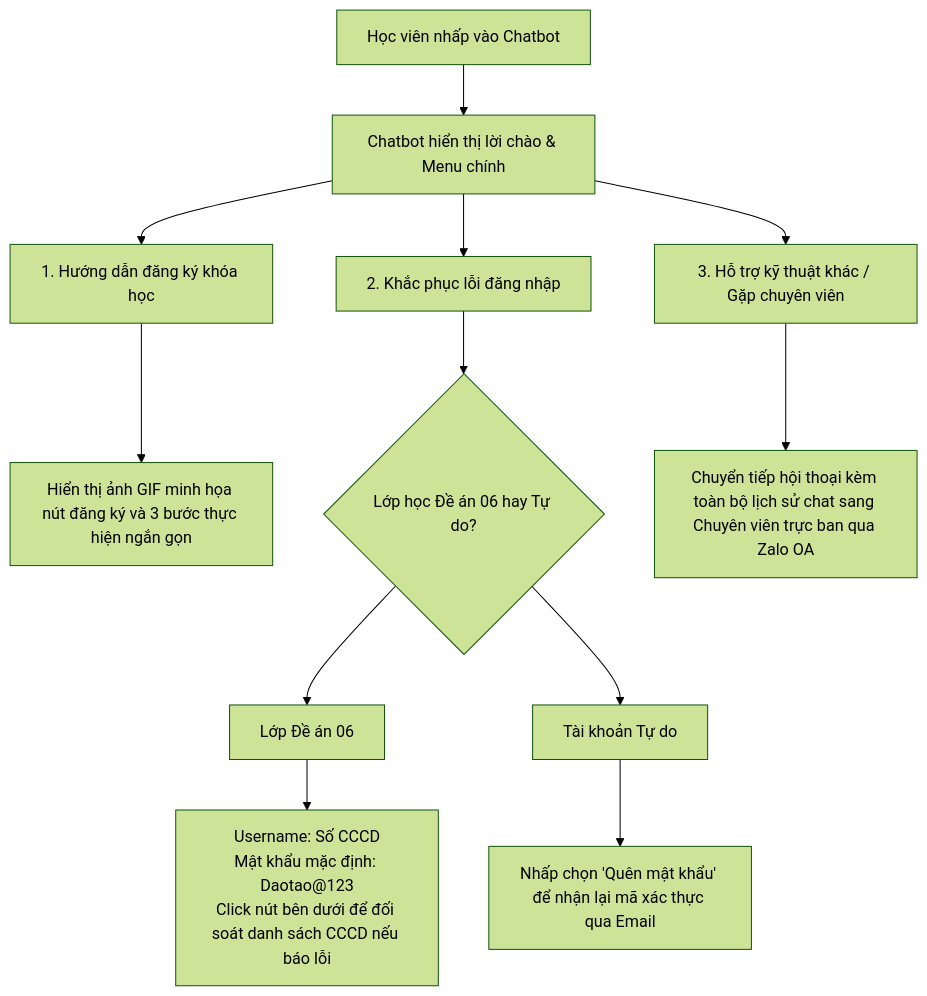
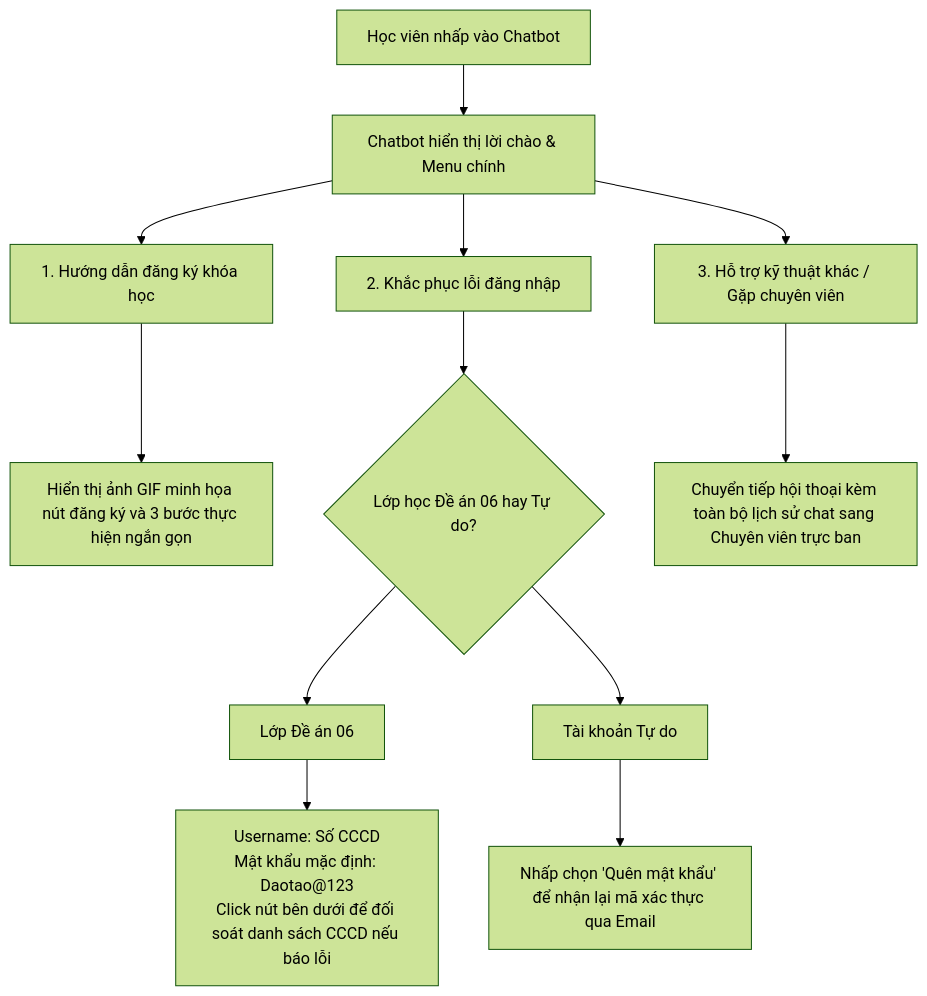
Before and after one commit to hungs1609/nguyenlh: the diagram in khoahoctruyenthong/san_pham_giao_nop/cac_san_pham_thiet_ke.md, drawn with Mermaid (forest theme). The commit also changed other lines of this file and 29 other files, not shown here.

````diff
--- a/khoahoctruyenthong/san_pham_giao_nop/cac_san_pham_thiet_ke.md
+++ b/khoahoctruyenthong/san_pham_giao_nop/cac_san_pham_thiet_ke.md
@@ -14,18 +16,18 @@
 ```mermaid
 graph TD
     Start[Học viên nhấp vào Chatbot] --> Greeting[Chatbot hiển thị lời chào & Menu chính]
     Greeting --> Opt1[1. Hướng dẫn đăng ký khóa học]
     Greeting --> Opt2[2. Khắc phục lỗi đăng nhập]
     Greeting --> Opt3[3. Hỗ trợ kỹ thuật khác / Gặp chuyên viên]
 
     Opt1 --> Answer1[Hiển thị ảnh GIF minh họa nút đăng ký và 3 bước thực hiện ngắn gọn]
     
     Opt2 --> SubMenu{Lớp học Đề án 06 hay Tự do?}
     SubMenu --> SubOpt1[Lớp Đề án 06]
     SubMenu --> SubOpt2[Tài khoản Tự do]
     
     SubOpt1 --> Answer2A[Username: Số CCCD<br>Mật khẩu mặc định: Daotao@123<br>Click nút bên dưới để đối soát danh sách CCCD nếu báo lỗi]
     SubOpt2 --> Answer2B[Nhấp chọn 'Quên mật khẩu' để nhận lại mã xác thực qua Email]
     
-    Opt3 --> Answer3[Chuyển tiếp hội thoại kèm toàn bộ lịch sử chat sang Chuyên viên trực ban qua Zalo OA]
+    Opt3 --> Answer3[Chuyển tiếp hội thoại kèm toàn bộ lịch sử chat sang Chuyên viên trực ban]
 ```
````
